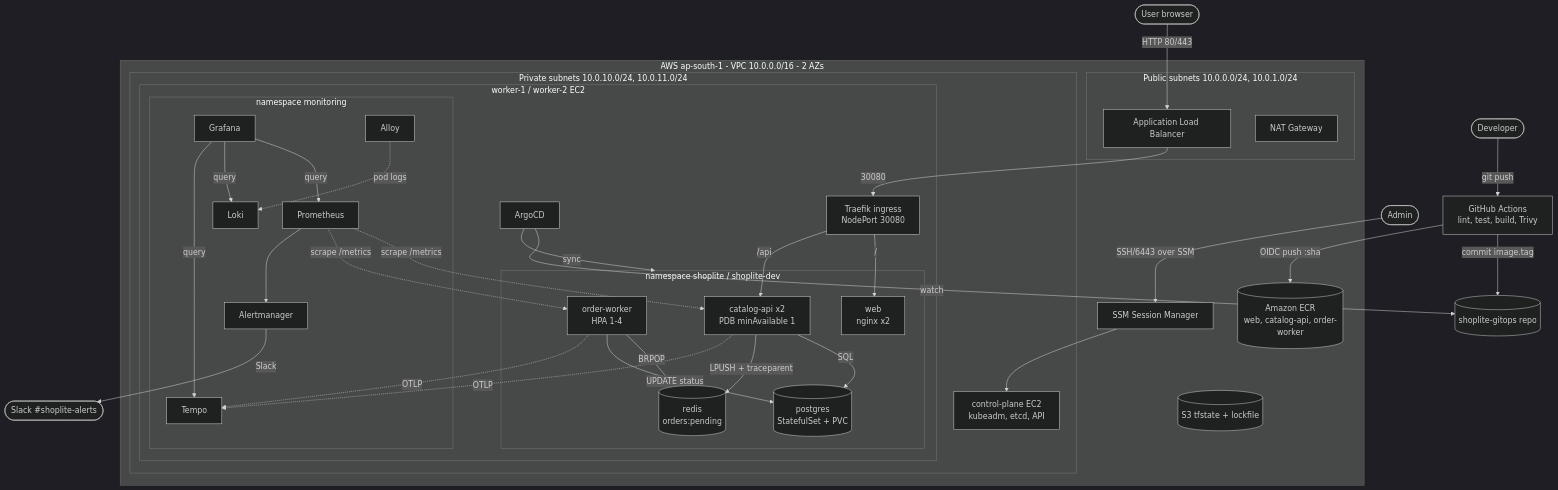
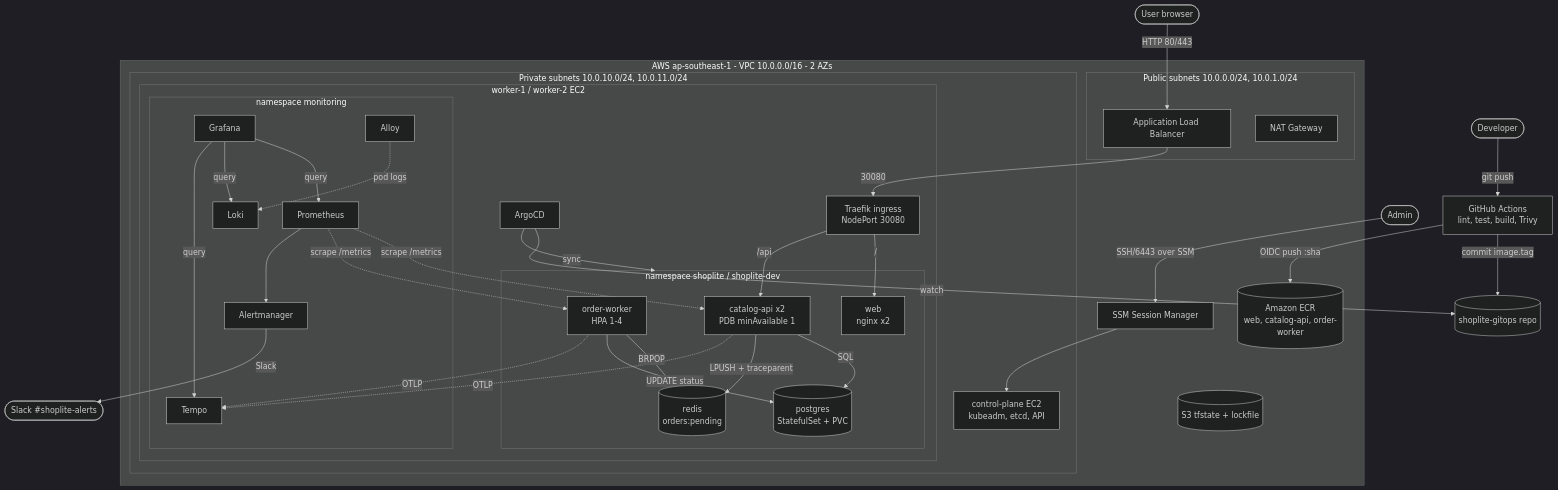
Before and after one commit to Nihandops/shoplite-app: the diagram in docs/architecture-diagram/architecture.mmd, drawn with Mermaid (dark theme). The commit also changed 11 other files, not shown here.

Commit message:
Region ap-southeast-1; Q3 server with its own VPC

```diff
--- a/docs/architecture-diagram/architecture.mmd
+++ b/docs/architecture-diagram/architecture.mmd
@@ -1,59 +1,59 @@
 flowchart TB
   user([User browser]) -->|HTTP 80/443| alb
 
-  subgraph aws[AWS ap-south-1 - VPC 10.0.0.0/16 - 2 AZs]
+  subgraph aws[AWS ap-southeast-1 - VPC 10.0.0.0/16 - 2 AZs]
     subgraph pub[Public subnets 10.0.0.0/24, 10.0.1.0/24]
       alb[Application Load Balancer]
       nat[NAT Gateway]
     end
     subgraph priv[Private subnets 10.0.10.0/24, 10.0.11.0/24]
       cp[control-plane EC2<br/>kubeadm, etcd, API]
       subgraph workers[worker-1 / worker-2 EC2]
         traefik[Traefik ingress<br/>NodePort 30080]
         subgraph ns[namespace shoplite / shoplite-dev]
           web[web<br/>nginx x2]
           api[catalog-api x2<br/>PDB minAvailable 1]
           worker[order-worker<br/>HPA 1-4]
           pg[(postgres<br/>StatefulSet + PVC)]
           redis[(redis<br/>orders:pending)]
         end
         subgraph mon[namespace monitoring]
           prom[Prometheus]
           am[Alertmanager]
           graf[Grafana]
           loki[Loki]
           tempo[Tempo]
           alloy[Alloy]
         end
         argo[ArgoCD]
       end
     end
     ecr[(Amazon ECR<br/>web, catalog-api, order-worker)]
     s3[(S3 tfstate + lockfile)]
     ssm[SSM Session Manager]
   end
 
   alb -->|30080| traefik
   traefik -->|/| web
   traefik -->|/api| api
   api -->|SQL| pg
   api -->|LPUSH + traceparent| redis
   worker -->|BRPOP| redis
   worker -->|UPDATE status| pg
   api -. OTLP .-> tempo
   worker -. OTLP .-> tempo
   prom -. scrape /metrics .-> api
   prom -. scrape /metrics .-> worker
   alloy -. pod logs .-> loki
   prom --> am
   am -->|Slack| slack([Slack #shoplite-alerts])
   graf -->|query| prom
   graf -->|query| loki
   graf -->|query| tempo
 
   dev([Developer]) -->|git push| gh[GitHub Actions<br/>lint, test, build, Trivy]
   gh -->|OIDC push :sha| ecr
   gh -->|commit image.tag| gitops[(shoplite-gitops repo)]
   argo -->|watch| gitops
   argo -->|sync| ns
   admin([Admin]) -->|SSH/6443 over SSM| ssm --> cp
```
